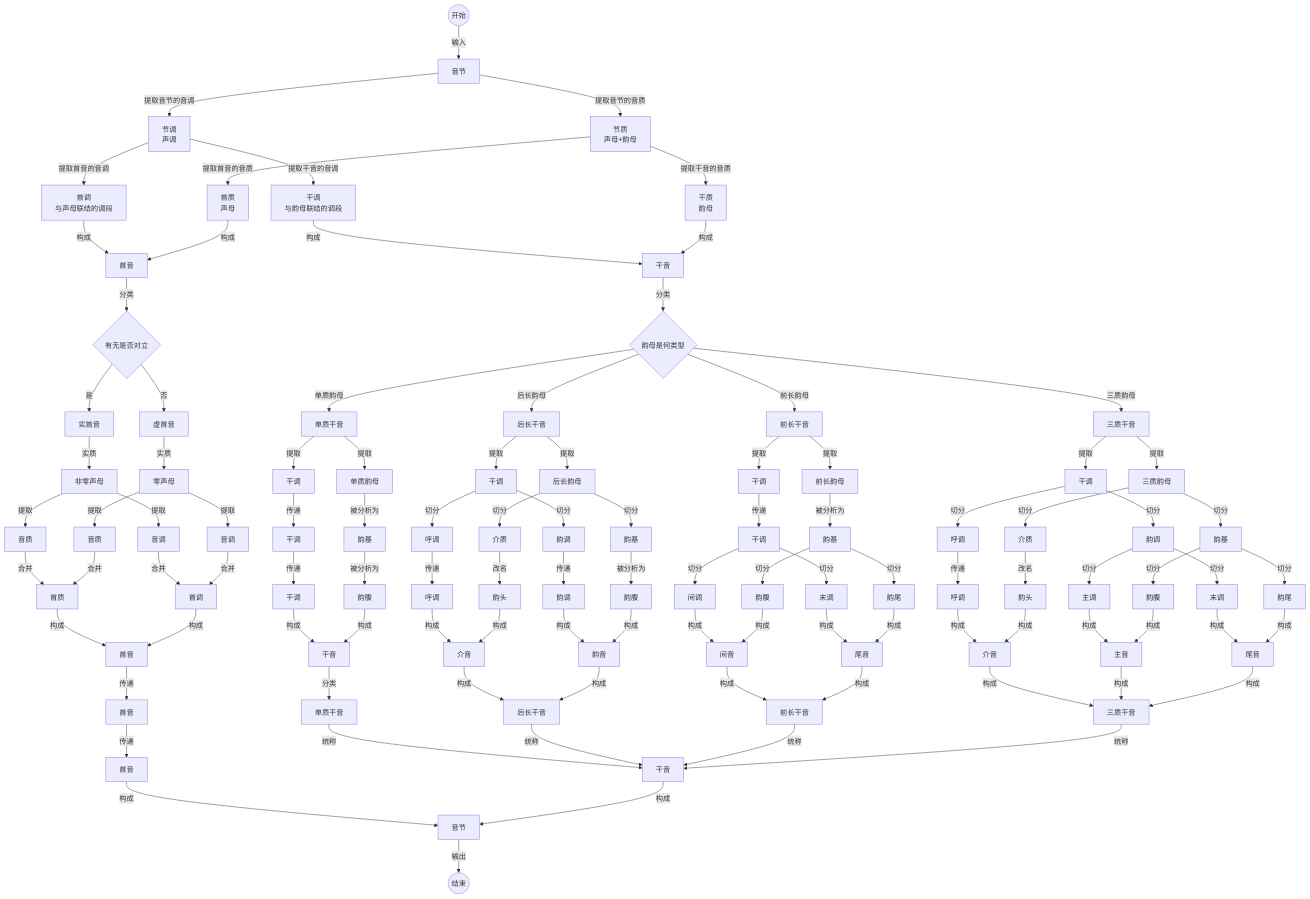
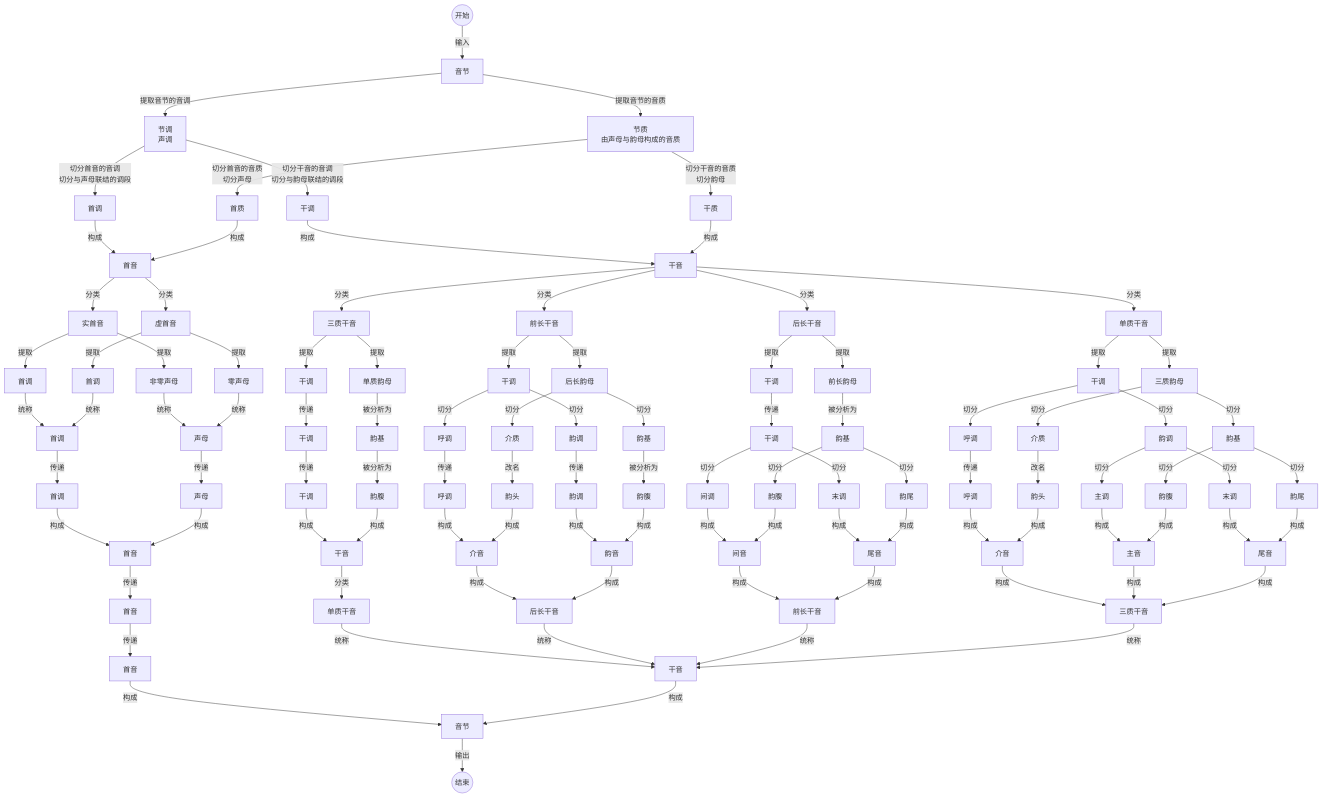
Before and after one commit to tsaanghwang/Yime-prototype: the diagram in YIME_Theory/flowchart/唱音分析流程.mmd, drawn with Mermaid. The commit also changed 49 other files, not shown here.

```diff
--- a/YIME_Theory/flowchart/唱音分析流程.mmd
+++ b/YIME_Theory/flowchart/唱音分析流程.mmd
@@ -1,121 +1,119 @@
 graph TB
     Start((开始)) --> |输入|A[音节]
         A --> |提取音节的音调|B[节调<br>声调]
-        A --> |提取音节的音质|C[节质<br>声母+韵母]
+        A --> |提取音节的音质|C[节质<br>由声母与韵母构成的音质]
 
-        B --> |提取首音的音调|D1[首调<br>与声母联结的调段]
-        B --> |提取干音的音调|D2[干调<br>与韵母联结的调段]
-        C --> |提取首音的音质|C1[首质<br>声母]
-        C --> |提取干音的音质|C2[干质<br>韵母]
+        B --> |切分首音的音调<br>切分与声母联结的调段|D1[首调]
+        B --> |切分干音的音调<br>切分与韵母联结的调段|D2[干调]
+        C --> |切分首音的音质<br>切分声母|E1[首质]
+        C --> |切分干音的音质<br>切分韵母|E2[干质]
 
         D1 --> |构成|F[首音]
-        C1 --> |构成|F
+        E1 --> |构成|F
         D2 --> |构成|G[干音]
-        C2 --> |构成|G
+        E2 --> |构成|G
 
-        F --> |分类|F0{有无是否对立}
-        F0 --> |是|F1[实首音]
-        F0 --> |否|F2[虚首音]
+        F --> |分类| F1[实首音]
+        F --> |分类| F2[虚首音]
+        F1 --> |提取| H1[非零声母]
+        F2 --> |提取| H2[零声母]
+        F1 --> |提取| H3[首调]
+        F2 --> |提取| H4[首调]
 
-        G --> |分类|G0{韵母是何类型}
-        G0 --> |单质韵母|G1[单质干音]
-        G0 --> |后长韵母|G2[后长干音]
-        G0 --> |前长韵母|G3[前长干音]
-        G0 --> |三质韵母|G4[三质干音]
+        H3 --> |统称| H5
+        H4 --> |统称| H5[首调]
+        H1 --> |统称| H6
+        H2 --> |统称| H6[声母]
+        H5 --> |传递| H7[首调]
+        H6 --> |传递| H8[声母]
+        H7 --> |构成| H9
+        H8 --> |构成| H9[首音]
 
-        F1 --> |实质| H1[非零声母]
-        F2 --> |实质| H2[零声母]
-        H1 --> |提取| H3[音调]
-        H1 --> |提取| H4[音质]
-        H2 --> |提取| H5[音调]
-        H2 --> |提取| H6[音质]
-        H3 --> |合并| H7
-        H5 --> |合并| H7[首调]
-        H4 --> |合并| H8
-        H6 --> |合并| H8[首质]
-        H8 --> |构成|H9
-        H7 --> |构成|H9[首音]
+        G --> |分类|G1[三质干音]
+        G --> |分类|G2[前长干音]
+        G --> |分类|G3[后长干音]
+        G --> |分类|G4[单质干音]
 
         G1 --> |提取|J0[干调]
         G1 --> |提取|J3[单质韵母]
         J0 --> |传递|J1[干调]
         J3 --> |被分析为|J4[韵基]
         J1 --> |传递|J2[干调]
         J4 --> |被分析为|J5[韵腹]
 
         G2 --> |提取|K0[干调]
         K0 --> |切分|K1[呼调]
         K0 --> |切分|K2[韵调]
         G2 --> |提取|K3[后长韵母]
         K1 --> |传递|K7[呼调]
         K2 --> |传递|K8[韵调]
         K3 --> |切分|K9[介质]
         K3 --> |切分|K5[韵基]
         K9 --> |改名|K4[韵头]
         K5 --> |被分析为|K6[韵腹]
 
         G3 --> |提取|L0[干调]
         G3 --> |提取|L4[前长韵母]
         L0 --> |传递|L1[干调]
         L1 --> |切分|L2[间调]
         L1 --> |切分|L3[末调]
         L4 --> |被分析为|L5[韵基]
         L5 --> |切分|L6[韵腹]
         L5 --> |切分|L7[韵尾]
 
         G4 --> |提取|M0[干调]
         M0 --> |切分|M01[呼调]
         M0 --> |切分|M02[韵调]
         M01 --> |传递|M1[呼调]
         M02 --> |切分|M2[主调]
         M02 --> |切分|M3[末调]
         G4 --> |提取|M4[三质韵母]
         M4 --> |切分|M5[介质]
         M4 --> |切分|M6[韵基]
         M5 --> |改名|M7[韵头]
         M6 --> |切分|M8[韵腹]
         M6 --> |切分|M9[韵尾]
 
         J2 --> |构成|N1[干音]
         J5 --> |构成|N1
 
         K7 --> |构成|O1[介音]
         K4 --> |构成|O1
         K8 --> |构成|O2[韵音]
         K6 --> |构成|O2
 
         L2 --> |构成|P1[间音]
         L6 --> |构成|P1
         L3 --> |构成|P2[尾音]
         L7 --> |构成|P2
 
         M1 --> |构成|Q1[介音]
         M7 --> |构成|Q1
         M2 --> |构成|Q2[主音]
         M8 --> |构成|Q2
         M3 --> |构成|Q3[尾音]
         M9 --> |构成|Q3
 
         H9 --> |传递|R0[首音]
         R0 --> |传递|R1[首音]
 
         N1 --> |分类|R2[单质干音]
 
         O1 --> |构成|R3
         O2 --> |构成|R3[后长干音]
 
         P1 --> |构成|R4
         P2 --> |构成|R4[前长干音]
 
         Q1 --> |构成|R5
         Q2 --> |构成|R5
         Q3 --> |构成|R5[三质干音]
 
         R2  --> |统称|R6[干音]
         R3  --> |统称|R6
         R4  --> |统称|R6
         R5  --> |统称|R6
 
         R1 --> |构成|S
         R6 --> |构成|S[音节]
     S --> |输出|End((结束))
```
